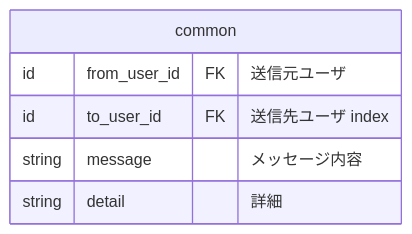
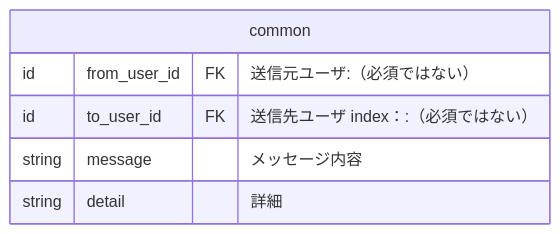
Before and after one commit to bright-org/bright: the third of 4 diagrams in docs/conceptual_schemas/notifications.md, drawn with Mermaid. The commit also changed other lines of this file, not shown here.

Commit message:
ER図作成

````diff
--- a/docs/conceptual_schemas/notifications.md
+++ b/docs/conceptual_schemas/notifications.md
@@ -7,9 +52,9 @@
 ```mermaid
 erDiagram
   common {
-    id from_user_id	FK "送信元ユーザ"
-    id to_user_id	FK "送信先ユーザ index"
+    id from_user_id	FK "送信元ユーザ:（必須ではない）"
+    id to_user_id	FK "送信先ユーザ index：:（必須ではない）"
     string message	"メッセージ内容"
     string detail	"詳細"
   }
 ```
````
